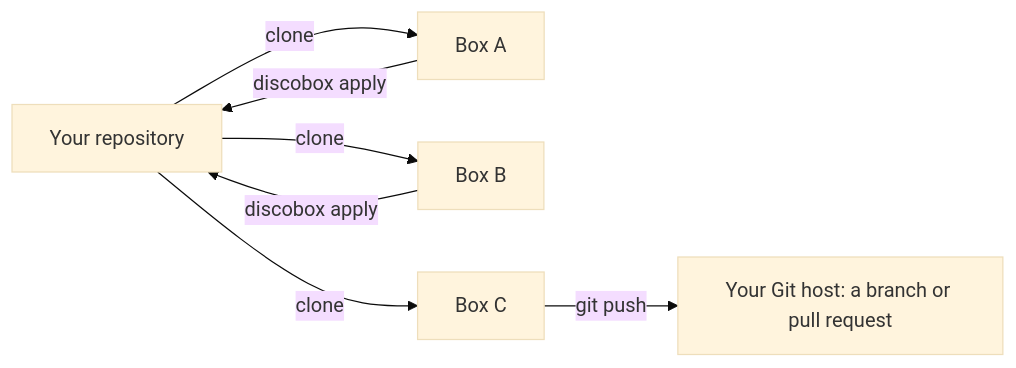
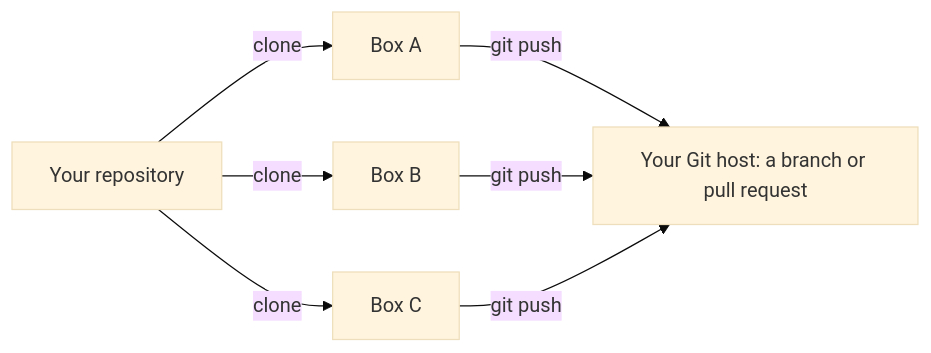
Before and after one commit to discobox-ai/discobox: the diagram in README.md, drawn with Mermaid (base theme). The commit also changed other lines of this file and 82 other files, not shown here.

First line of the commit message:
refactor: remove discobox apply

````diff
--- a/README.md
+++ b/README.md
@@ -80,9 +76,9 @@
 ```mermaid
 flowchart LR
   repo["Your repository"] -- "clone" --> a["Box A"]
   repo -- "clone" --> b["Box B"]
   repo -- "clone" --> c["Box C"]
-  a -- "discobox apply" --> repo
-  b -- "discobox apply" --> repo
-  c -- "git push" --> host["Your Git host: a branch or pull request"]
+  a -- "git push" --> host["Your Git host: a branch or pull request"]
+  b -- "git push" --> host
+  c -- "git push" --> host
 ```
````
